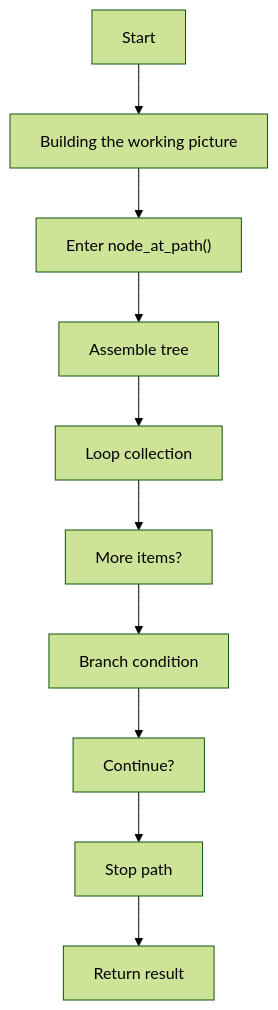
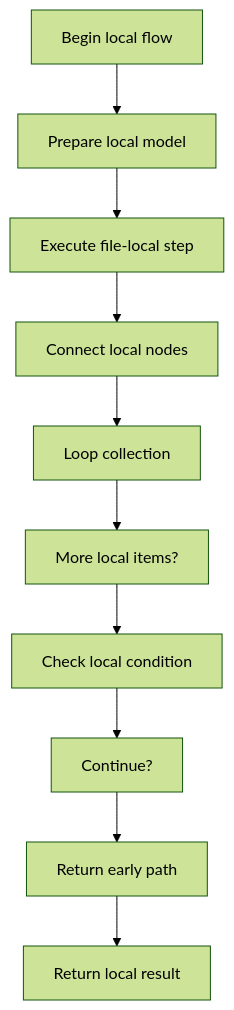
Before and after one commit to JohnAndrewBalbarosa/NeoTerritory: the first of 4 diagrams in docs/Codebase/Microservice/Modules/Source/Trees/ClassGeneration/Actual/Internal/node_path.cpp.md, drawn with Mermaid (forest theme). The commit also changed other lines of this file and 925 other files, not shown here.

````diff
--- a/docs/Codebase/Microservice/Modules/Source/Trees/ClassGeneration/Actual/Internal/node_path.cpp.md
+++ b/docs/Codebase/Microservice/Modules/Source/Trees/ClassGeneration/Actual/Internal/node_path.cpp.md
@@ -30,22 +29,22 @@
 ```mermaid
 flowchart TD
-    N0["Start"]
-    N1["Building the working picture"]
-    N2["Enter node_at_path()"]
-    N3["Assemble tree"]
+    N0["Begin local flow"]
+    N1["Prepare local model"]
+    N2["Execute file-local step"]
+    N3["Connect local nodes"]
     N4["Loop collection"]
-    N5["More items?"]
-    N6["Branch condition"]
+    N5["More local items?"]
+    N6["Check local condition"]
     N7["Continue?"]
-    N8["Stop path"]
-    N9["Return result"]
+    N8["Return early path"]
+    N9["Return local result"]
     N0 --> N1
     N1 --> N2
     N2 --> N3
     N3 --> N4
     N4 --> N5
     N5 --> N6
     N6 --> N7
     N7 --> N8
     N8 --> N9
 ```
````
